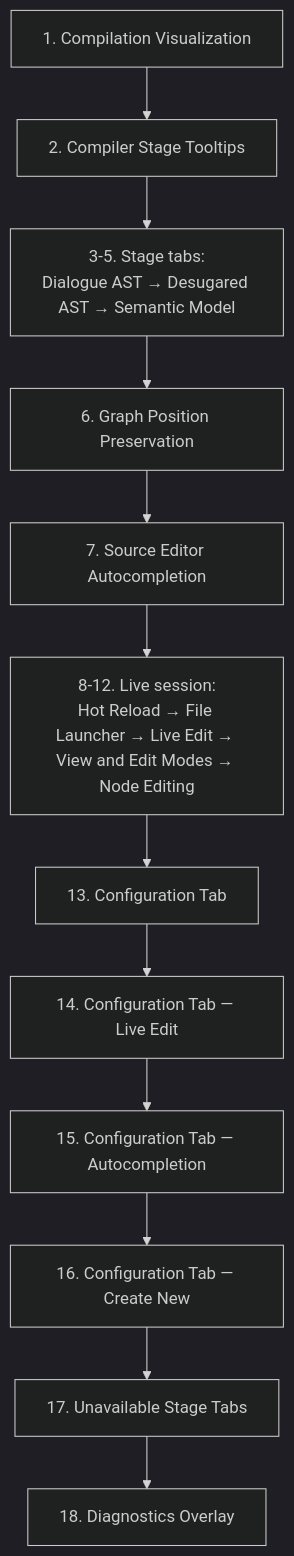
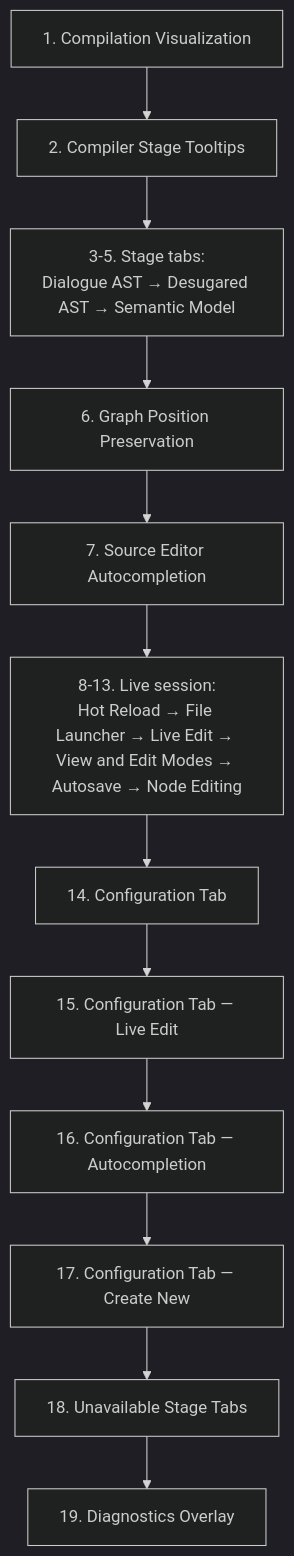
The third of 4 diagrams in docs/contributing/design-notes/README.md (pengzhengyi/godot-dialoguedown), drawn with Mermaid (dark theme) before and after one commit. The commit also changed other lines of this file and 3 other files, not shown here.

Commit message:
docs(visualization): design live editor autosave

````diff
--- a/docs/contributing/design-notes/README.md
+++ b/docs/contributing/design-notes/README.md
@@ -119,14 +119,14 @@
 ```mermaid
 flowchart TB
     CV["1. Compilation Visualization"] --> TT["2. Compiler Stage Tooltips"]
     TT --> TABS["3-5. Stage tabs:<br/>Dialogue AST → Desugared AST → Semantic Model"]
     TABS --> GX["6. Graph Position Preservation"]
     GX --> AC["7. Source Editor Autocompletion"]
-    AC --> LIVE["8-12. Live session:<br/>Hot Reload → File Launcher → Live Edit → View and Edit Modes → Node Editing"]
-    LIVE --> CFG["13. Configuration Tab"]
-    CFG --> CFGLE["14. Configuration Tab — Live Edit"]
-    CFGLE --> CFGAC["15. Configuration Tab — Autocompletion"]
-    CFGAC --> CFGCN["16. Configuration Tab — Create New"]
-    CFGCN --> UST["17. Unavailable Stage Tabs"]
-    UST --> DGO["18. Diagnostics Overlay"]
+    AC --> LIVE["8-13. Live session:<br/>Hot Reload → File Launcher → Live Edit → View and Edit Modes → Autosave → Node Editing"]
+    LIVE --> CFG["14. Configuration Tab"]
+    CFG --> CFGLE["15. Configuration Tab — Live Edit"]
+    CFGLE --> CFGAC["16. Configuration Tab — Autocompletion"]
+    CFGAC --> CFGCN["17. Configuration Tab — Create New"]
+    CFGCN --> UST["18. Unavailable Stage Tabs"]
+    UST --> DGO["19. Diagnostics Overlay"]
 ```
````
